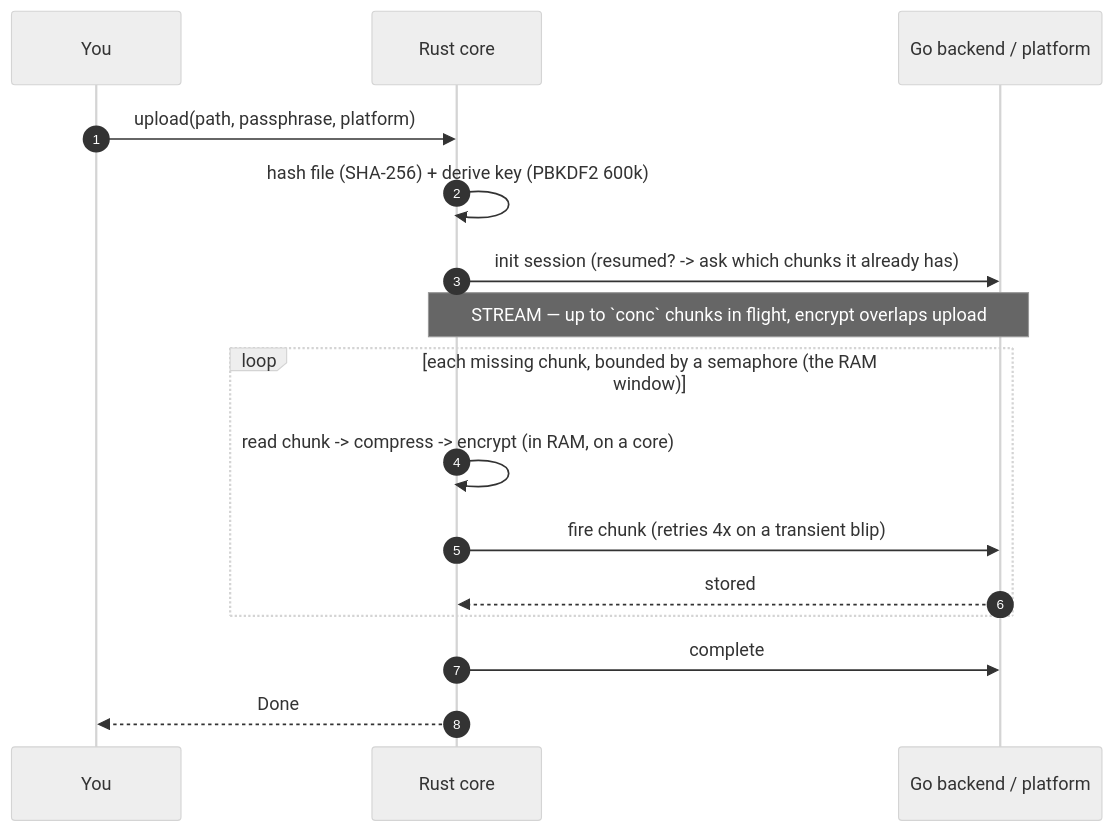
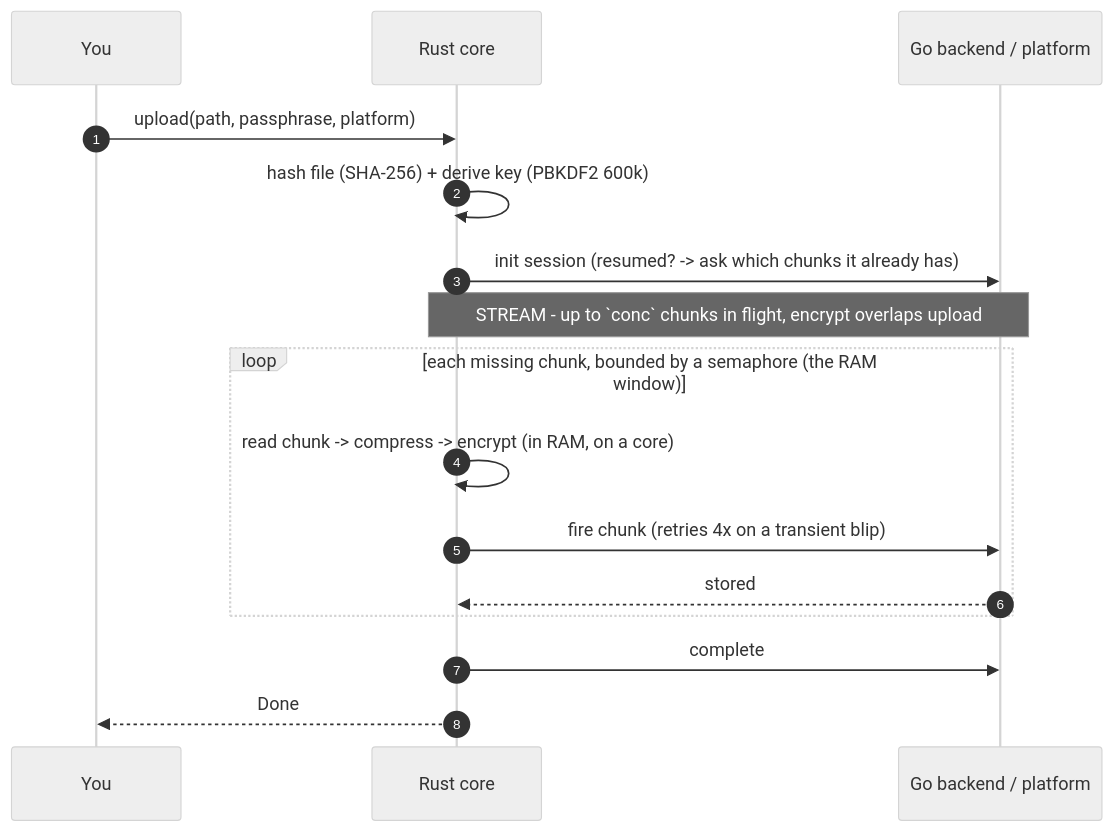
One commit to Wosmos/zcrypt changed the third of 5 diagrams in docs/DESKTOP_UPLOAD_EXPLAINED.md. Above: the diagram before and after it, drawn with Mermaid (neutral theme). The commit also changed other lines of this file and 30 other files, not shown here.

````diff
--- a/docs/DESKTOP_UPLOAD_EXPLAINED.md
+++ b/docs/DESKTOP_UPLOAD_EXPLAINED.md
@@ -90,19 +90,19 @@
 ```mermaid
 sequenceDiagram
     autonumber
     participant U as You
     participant C as Rust core
     participant B as Go backend / platform
 
     U->>C: upload(path, passphrase, platform)
     C->>C: hash file (SHA-256) + derive key (PBKDF2 600k)
     C->>B: init session  (resumed? -> ask which chunks it already has)
-    Note over C,B: STREAM — up to `conc` chunks in flight, encrypt overlaps upload
+    Note over C,B: STREAM - up to `conc` chunks in flight, encrypt overlaps upload
     loop each missing chunk, bounded by a semaphore (the RAM window)
         C->>C: read chunk -> compress -> encrypt (in RAM, on a core)
         C->>B: fire chunk (retries 4x on a transient blip)
         B-->>C: stored
     end
     C->>B: complete
     C-->>U: Done
 ```
````
